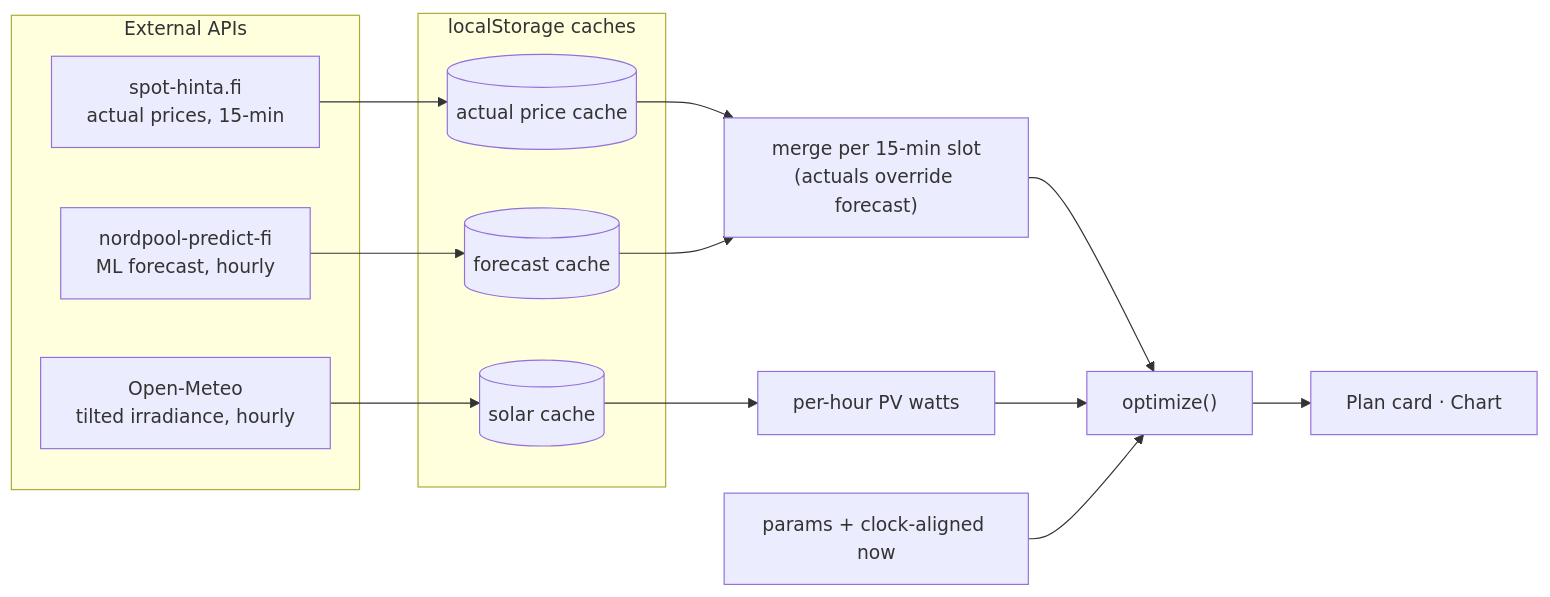
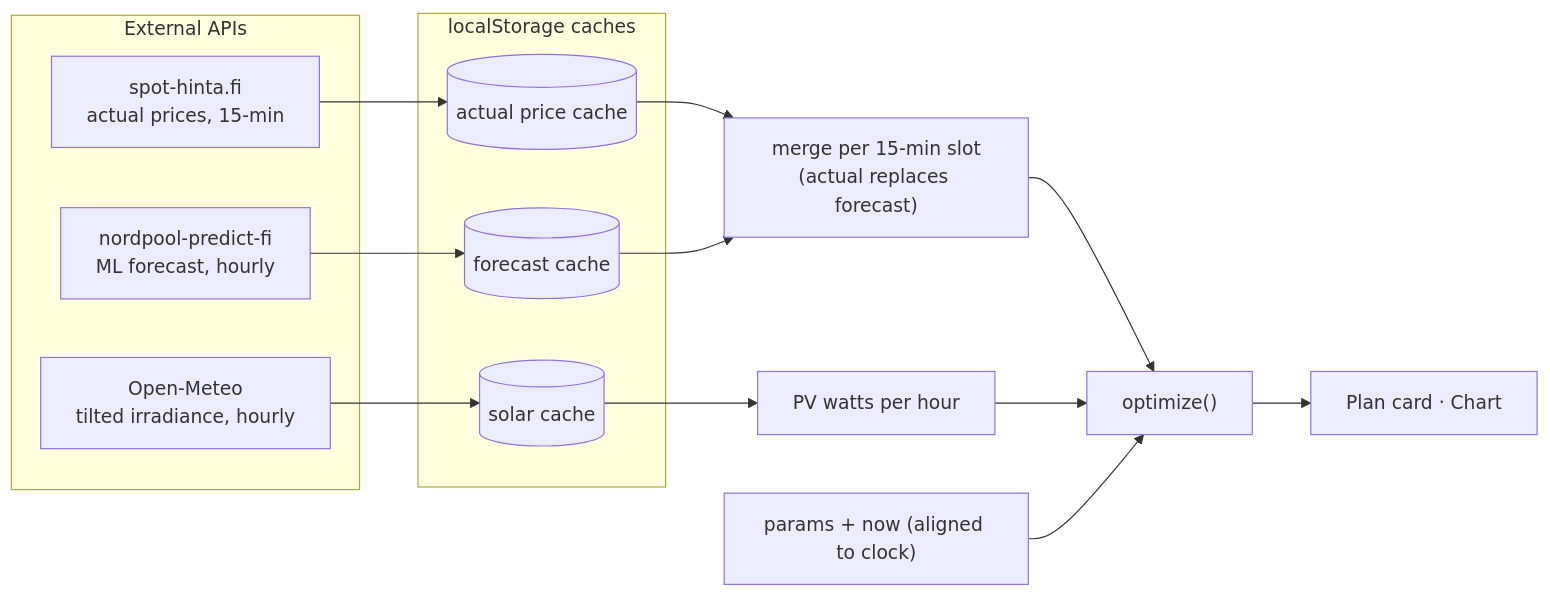
Before and after one commit to ltpk/charging-optimizer: the first of 3 diagrams in README.md, drawn with Mermaid. The commit also changed other lines of this file and 12 other files, not shown here.

````diff
--- a/README.md
+++ b/README.md
@@ -38,23 +93,23 @@
 ```mermaid
 flowchart LR
   subgraph ext[External APIs]
     SH["spot-hinta.fi<br>actual prices, 15-min"]
     NP["nordpool-predict-fi<br>ML forecast, hourly"]
     OM["Open-Meteo<br>tilted irradiance, hourly"]
   end
   subgraph ls[localStorage caches]
     CA[("actual price cache")]
     CF[("forecast cache")]
     CS[("solar cache")]
   end
   SH --> CA
   NP --> CF
   OM --> CS
-  CA --> MERGE["merge per 15-min slot<br>(actuals override forecast)"]
+  CA --> MERGE["merge per 15-min slot<br>(actual replaces forecast)"]
   CF --> MERGE
-  CS --> PV["per-hour PV watts"]
+  CS --> PV["PV watts per hour"]
   MERGE --> OPT["optimize()"]
   PV --> OPT
-  UIIN["params + clock-aligned now"] --> OPT
+  UIIN["params + now (aligned to clock)"] --> OPT
   OPT --> UI["Plan card · Chart"]
 ```
````
